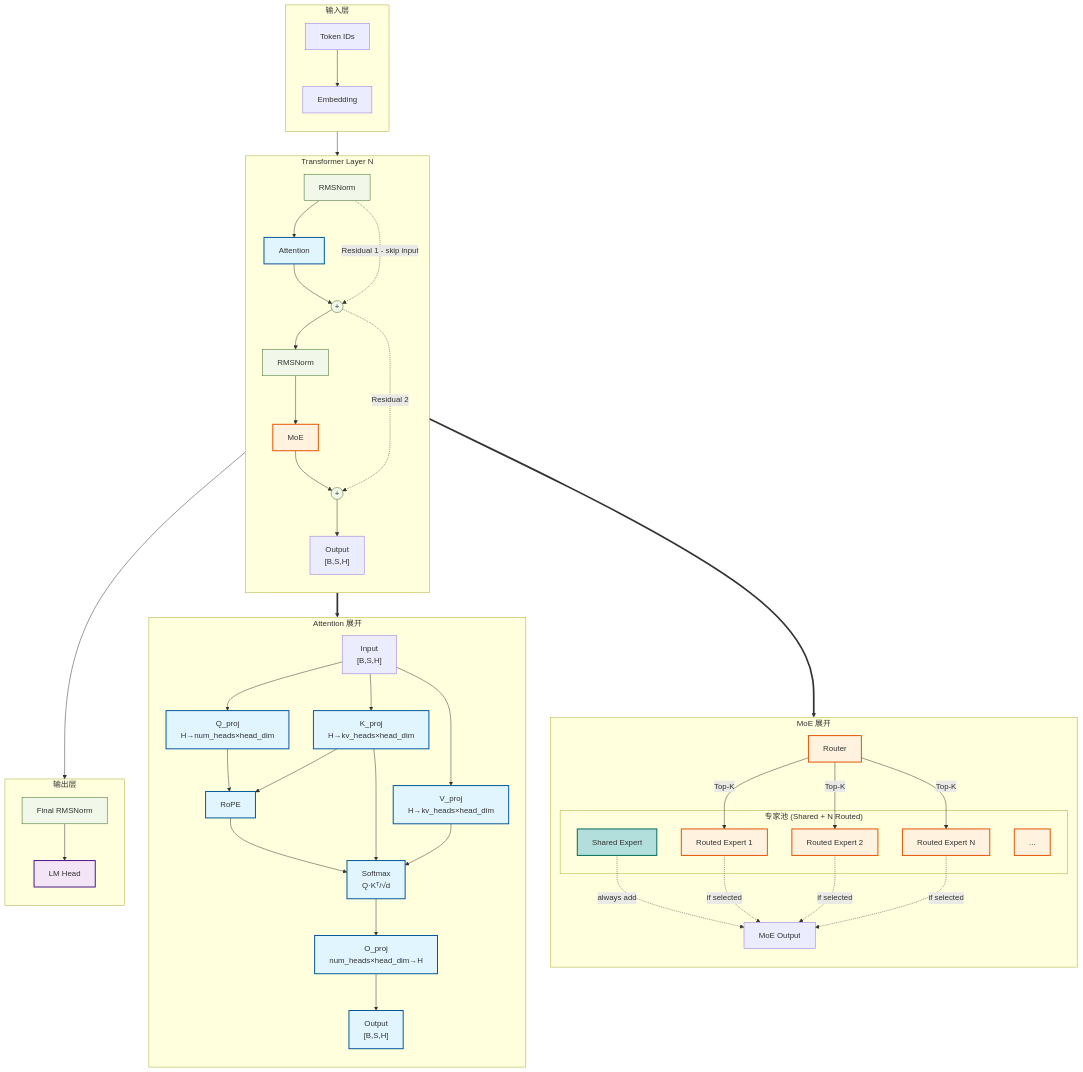
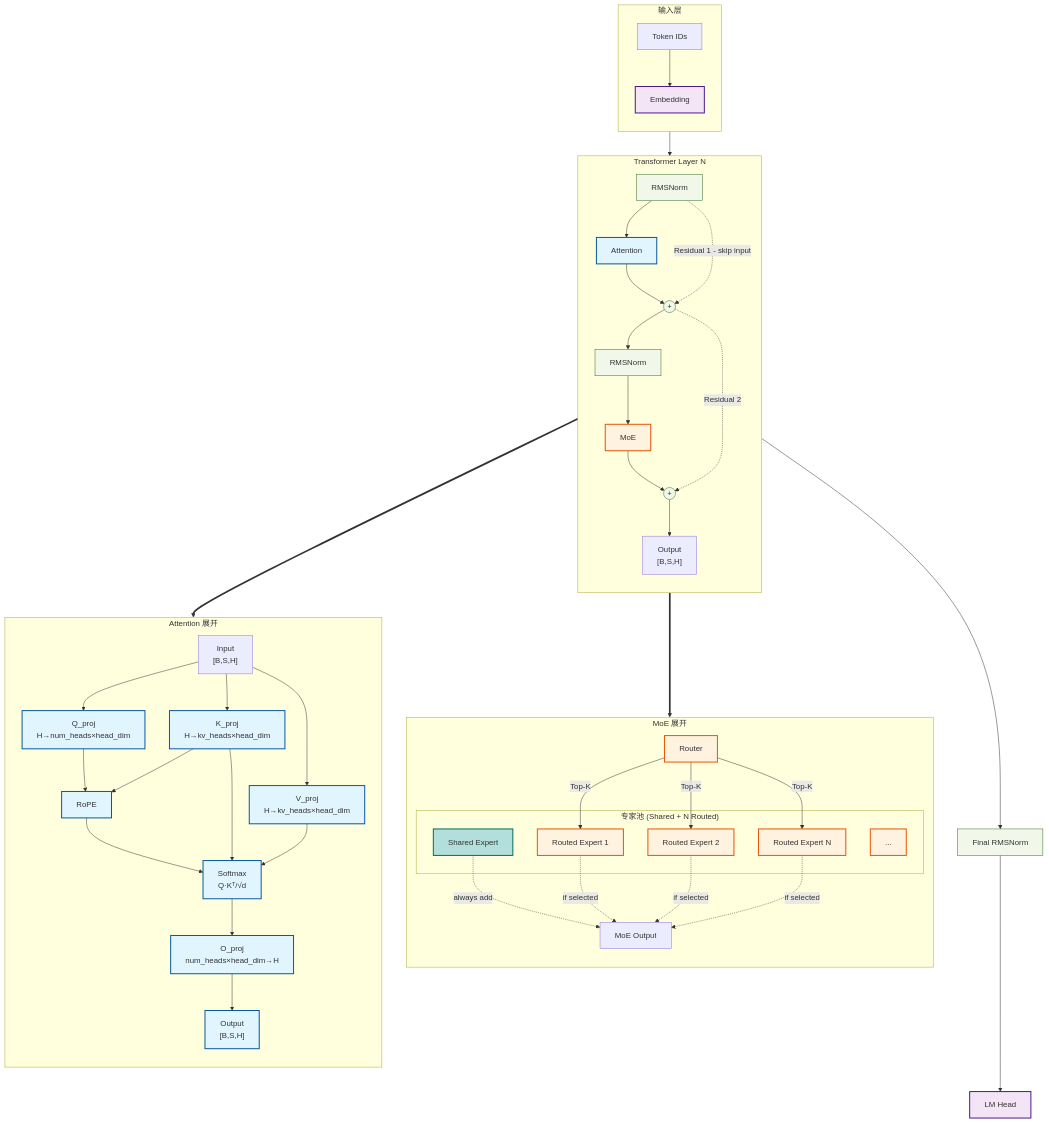
Before and after one commit to kevinoldching/agent-skills: the first of 2 diagrams in llm_arch_generator/SKILL.md, drawn with Mermaid. The commit also changed other lines of this file, not shown here.

First line of the commit message:
fix(SKILL.md): correct Level 2 template - final_norm/Head must be outside subgraphs

```diff
--- a/llm_arch_generator/SKILL.md
+++ b/llm_arch_generator/SKILL.md
@@ -212,7 +212,9 @@
     %% === 输入层 ===
     subgraph Input_Stage ["输入层"]
         direction TB
-        Tokens["Token IDs"] --> Embed["Embedding"]
+        Tokens["Token IDs"]
+        Embed["Embedding"]:::input_stage
+        Tokens --> Embed
     end
 
     %% === 单个 Transformer Layer（占位符） ===
@@ -232,7 +234,7 @@
         %% Residual 2：来自 attention 输出
         add1 -.-> |Residual 2| add2
 
-        %% 层输出节点（供外部连接）
+        %% 层输出节点
         add2 --> Layer_Out["Output<br/>[B,S,H]"]
     end
 
@@ -278,17 +280,14 @@
         o_proj --> attn_out["Output<br/>[B,S,H]"]:::attention
     end
 
-    %% === 输出层 ===
-    subgraph Output_Stage ["输出层"]
-        direction TB
-        final_norm["Final RMSNorm"]:::norm
-        Head["LM Head"]:::output_stage
-        final_norm --> Head
-    end
+    %% === Final Norm 和 Head（必须放在子图外部，才能被外部连接） ===
+    final_norm["Final RMSNorm"]:::norm
+    Head["LM Head"]:::output_stage
 
-    %% === 全局连接（子图容器级连接，不是内部节点） ===
+    %% === 全局连接 ===
     Input_Stage --> Transformer_Layer
-    Transformer_Layer --> Output_Stage
+    Layer_Out --> final_norm
+    final_norm --> Head
 
     %% === 展开关系（==>> 指向顶层子图容器） ===
     attn_module ==> Attention_Detail
```
